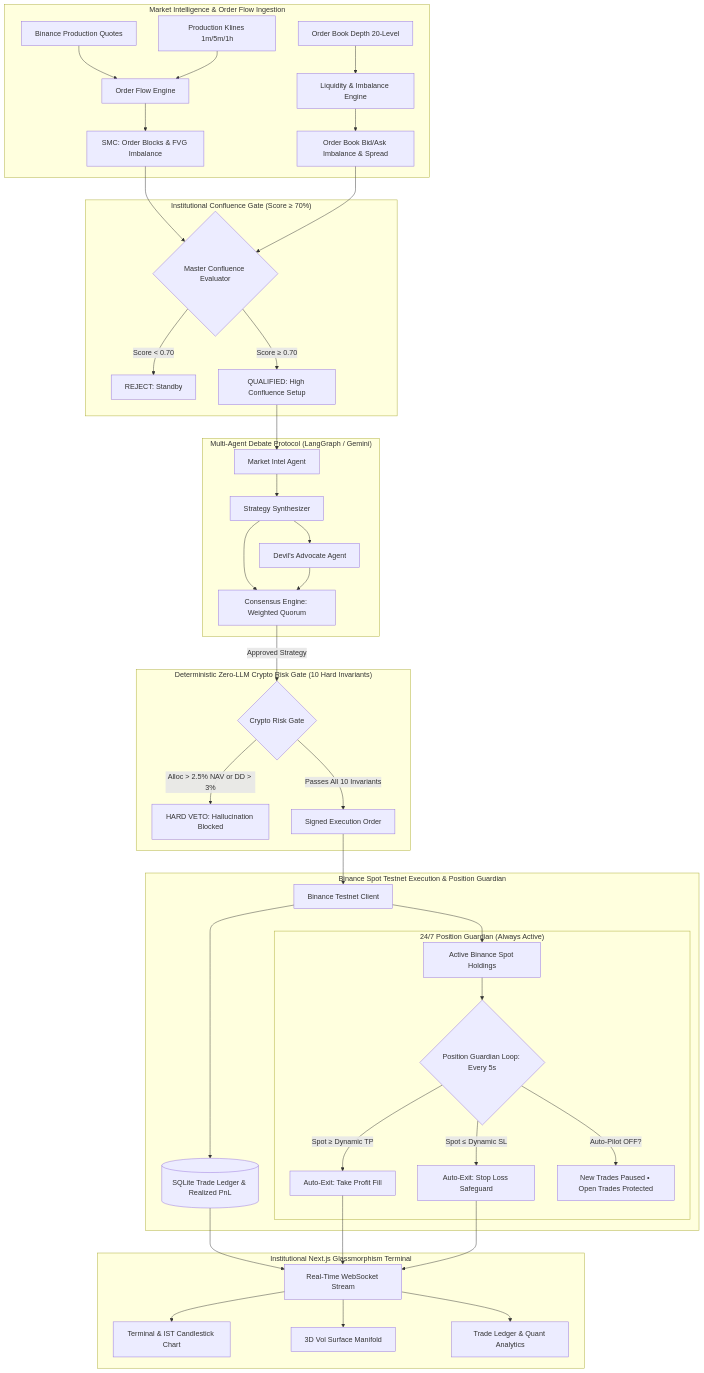
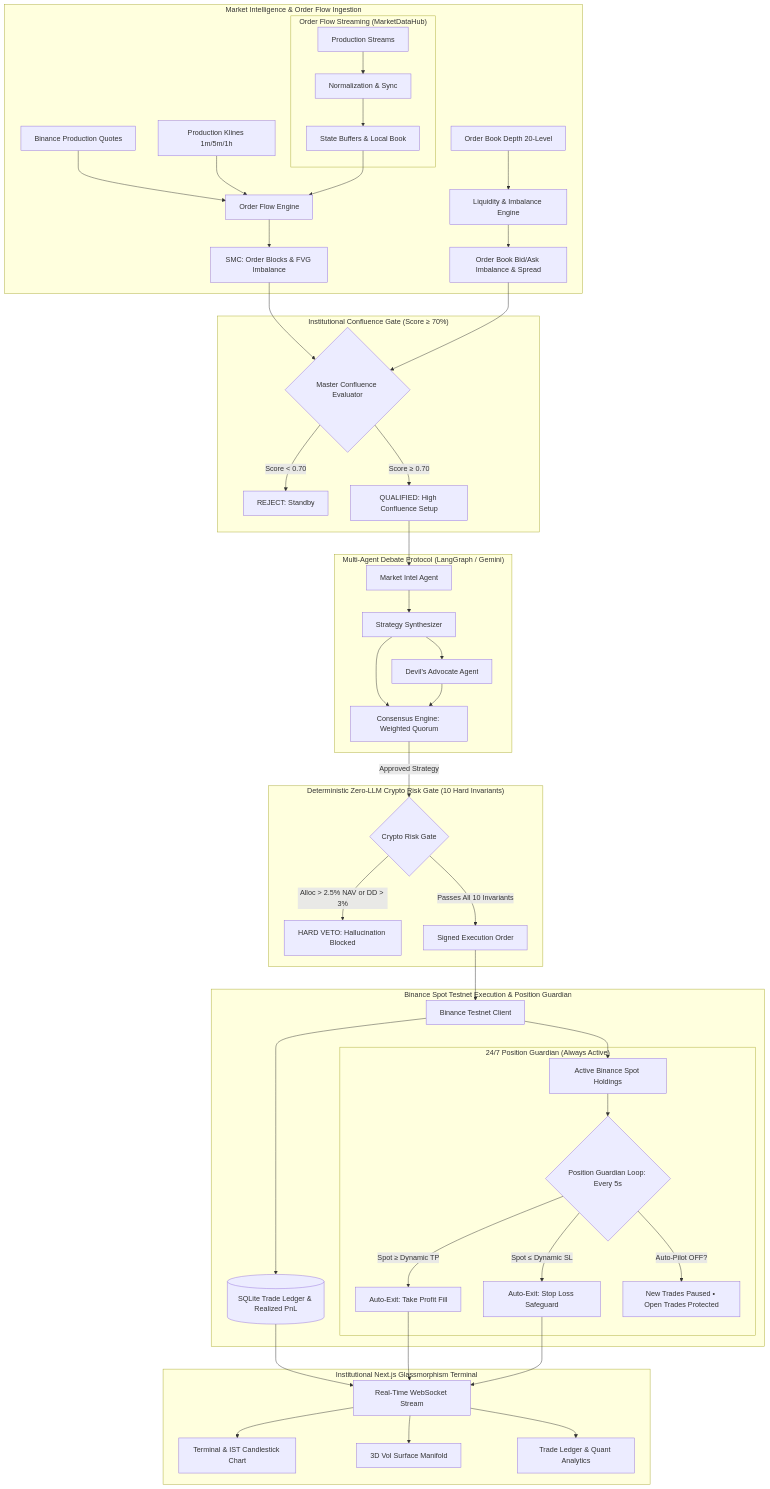
One commit to d1vyom/VolHelix-AI changed the diagram in README.md. Above: the diagram before and after it, drawn with Mermaid. The commit also changed other lines of this file and 11 other files, not shown here.

````diff
--- a/README.md
+++ b/README.md
@@ -39,49 +39,54 @@
 ```mermaid
 flowchart TB
     subgraph MarketData ["Market Intelligence & Order Flow Ingestion"]
         A1[Binance Production Quotes] --> B1[Order Flow Engine]
         A2[Production Klines 1m/5m/1h] --> B1
         A3[Order Book Depth 20-Level] --> B2[Liquidity & Imbalance Engine]
         B1 --> B3[SMC: Order Blocks & FVG Imbalance]
         B2 --> B4[Order Book Bid/Ask Imbalance & Spread]
+        subgraph WebSocketIngestion ["Order Flow Streaming (MarketDataHub)"]
+            WS[Production Streams] --> NORM[Normalization & Sync]
+            NORM --> BUF[State Buffers & Local Book]
+        end
+        BUF --> B1
     end
 
     subgraph ConfluenceGate ["Institutional Confluence Gate (Score ≥ 70%)"]
         B3 & B4 --> C1{Master Confluence Evaluator}
         C1 -->|Score < 0.70| C2[REJECT: Standby]
         C1 -->|Score ≥ 0.70| C3[QUALIFIED: High Confluence Setup]
     end
 
     subgraph AgentSwarm ["Multi-Agent Debate Protocol (LangGraph / Gemini)"]
         C3 --> D1[Market Intel Agent]
         D1 --> D2[Strategy Synthesizer]
         D2 --> D3[Devil's Advocate Agent]
         D2 & D3 --> D4[Consensus Engine: Weighted Quorum]
     end
 
     subgraph RiskLayer ["Deterministic Zero-LLM Crypto Risk Gate (10 Hard Invariants)"]
         D4 -->|Approved Strategy| E1{Crypto Risk Gate}
         E1 -->|Alloc > 2.5% NAV or DD > 3%| E2[HARD VETO: Hallucination Blocked]
         E1 -->|Passes All 10 Invariants| E3[Signed Execution Order]
     end
 
     subgraph ExecutionLayer ["Binance Spot Testnet Execution & Position Guardian"]
         E3 --> F1[Binance Testnet Client]
         F1 --> F2[(SQLite Trade Ledger & Realized PnL)]
         F1 --> G1[Active Binance Spot Holdings]
         
         subgraph Guardian ["24/7 Position Guardian (Always Active)"]
             G1 --> H1{Position Guardian Loop: Every 5s}
             H1 -->|Spot ≥ Dynamic TP| H2[Auto-Exit: Take Profit Fill]
             H1 -->|Spot ≤ Dynamic SL| H3[Auto-Exit: Stop Loss Safeguard]
             H1 -->|Auto-Pilot OFF?| H4[New Trades Paused • Open Trades Protected]
         end
     end
 
     subgraph ClientUI ["Institutional Next.js Glassmorphism Terminal"]
         F2 & H2 & H3 --> I1[Real-Time WebSocket Stream]
         I1 --> I2[Terminal & IST Candlestick Chart]
         I1 --> I3[3D Vol Surface Manifold]
         I1 --> I4[Trade Ledger & Quant Analytics]
     end
 ```
````
